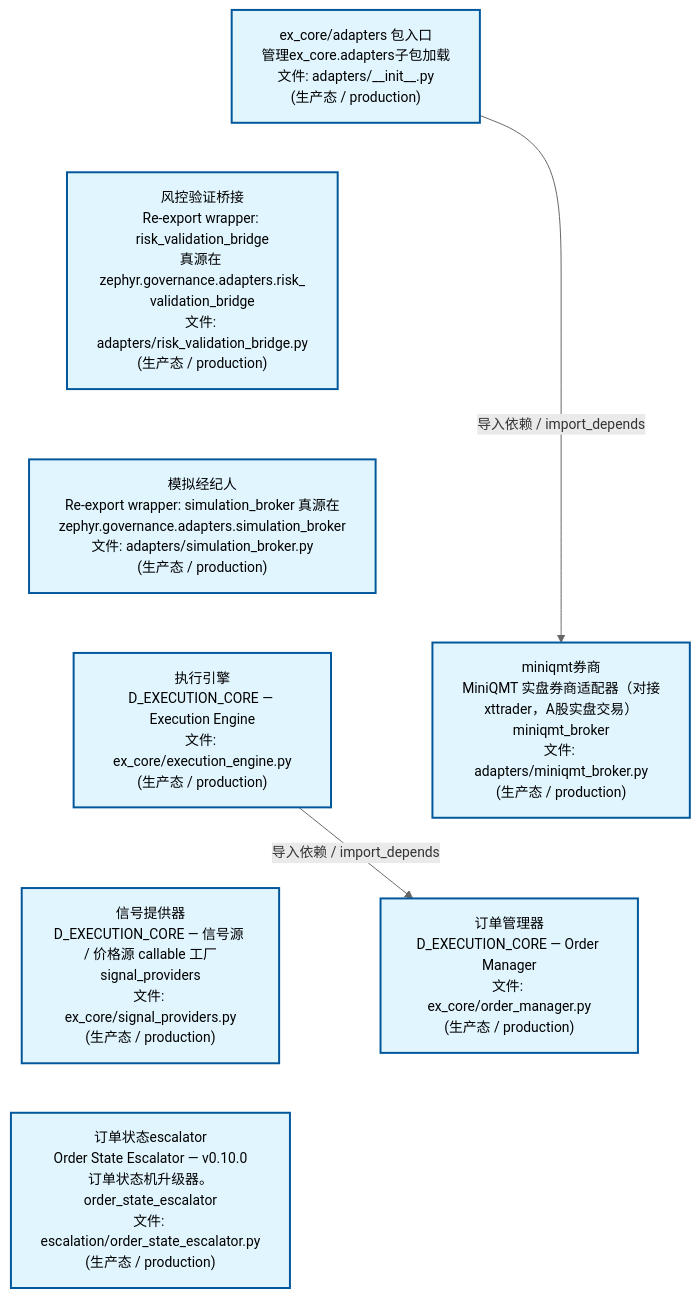
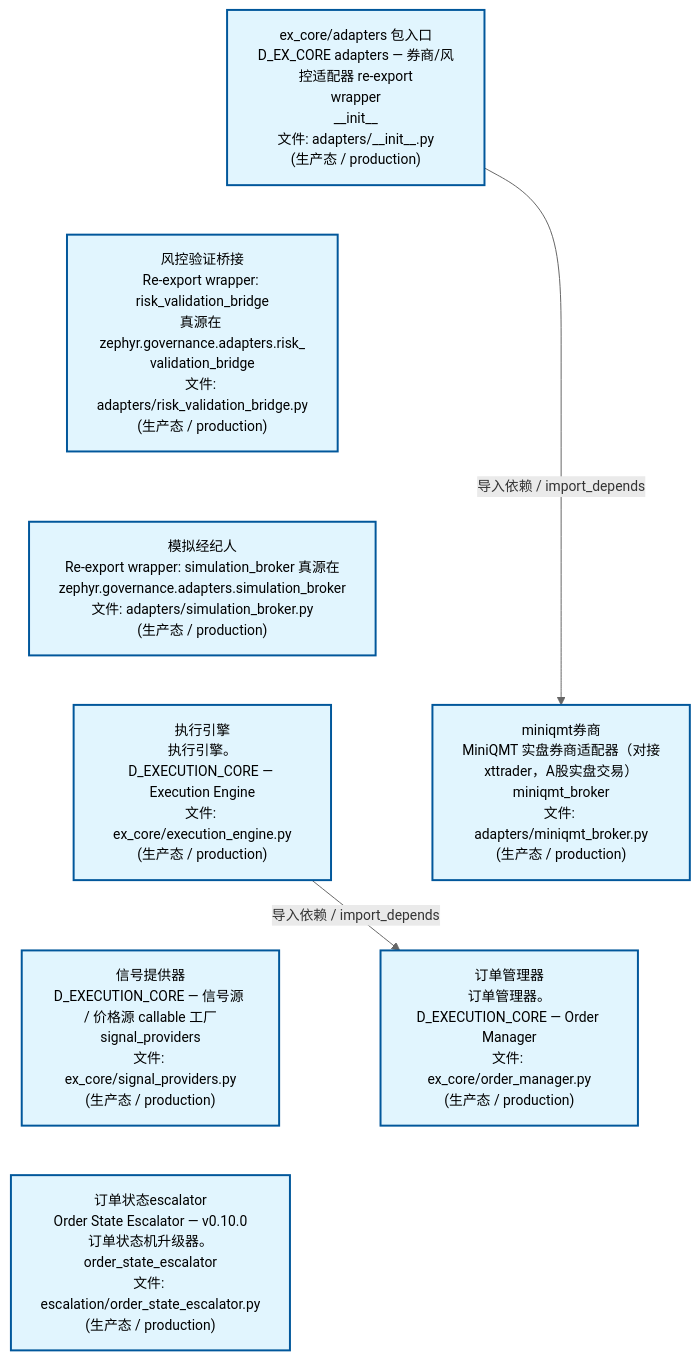
The second of 4 diagrams in docs/02_enterprise_architecture/02_domain_architecture_docs/44_d_ex_core.md (xuanFelixVan/ZephyrAlpha), drawn with Mermaid before and after one commit. The commit also changed other lines of this file and 56 other files, not shown here.

````diff
--- a/docs/02_enterprise_architecture/02_domain_architecture_docs/44_d_ex_core.md
+++ b/docs/02_enterprise_architecture/02_domain_architecture_docs/44_d_ex_core.md
@@ -169,25 +169,25 @@
 ```mermaid
 %%{init: {'theme': 'base', 'themeVariables': {'primaryColor': '#eaeaea', 'primaryTextColor': '#333333', 'primaryBorderColor': '#666666', 'lineColor': '#666666', 'secondaryColor': '#eaeaea', 'tertiaryColor': '#eaeaea', 'fontSize': '14px'}}}%%
 flowchart TD
-    src_zephyr_ex_core_adapters_init_py["ex_core/adapters 包入口<br/>管理ex_core.adapters子包加载<br/>文件: adapters/__init__.py<br/>(生产态 / production)"]
+    src_zephyr_ex_core_adapters_init_py["ex_core/adapters 包入口<br/>D_EX_CORE adapters — 券商/风控适配器 re-export<br/>wrapper<br/>__init__<br/>文件: adapters/__init__.py<br/>(生产态 / production)"]
     src_zephyr_ex_core_adapters_risk_validation_bridge_py["风控验证桥接<br/>Re-export wrapper: risk_validation_bridge<br/>真源在 zephyr.governance.adapters.risk_<br/>validation_bridge<br/>文件: adapters/risk_validation_bridge.py<br/>(生产态 / production)"]
     src_zephyr_ex_core_adapters_simulation_broker_py["模拟经纪人<br/>Re-export wrapper: simulation_broker 真源在<br/>zephyr.governance.adapters.simulation_broker<br/>文件: adapters/simulation_broker.py<br/>(生产态 / production)"]
-    src_zephyr_ex_core_execution_engine_py["执行引擎<br/>D_EXECUTION_CORE — Execution Engine<br/>文件: ex_core/execution_engine.py<br/>(生产态 / production)"]
+    src_zephyr_ex_core_execution_engine_py["执行引擎<br/>执行引擎。D_EXECUTION_CORE — Execution Engine<br/>文件: ex_core/execution_engine.py<br/>(生产态 / production)"]
     src_zephyr_ex_core_signal_providers_py["信号提供器<br/>D_EXECUTION_CORE — 信号源 / 价格源 callable 工厂<br/>signal_providers<br/>文件: ex_core/signal_providers.py<br/>(生产态 / production)"]
     src_zephyr_governance_escalation_order_state_escalator_py["订单状态escalator<br/>Order State Escalator — v0.10.0<br/>订单状态机升级器。<br/>order_state_escalator<br/>文件: escalation/order_state_escalator.py<br/>(生产态 / production)"]
     src_zephyr_ex_core_adapters_init_py ~~~ src_zephyr_ex_core_adapters_risk_validation_bridge_py
     src_zephyr_ex_core_adapters_risk_validation_bridge_py ~~~ src_zephyr_ex_core_adapters_simulation_broker_py
     src_zephyr_ex_core_adapters_simulation_broker_py ~~~ src_zephyr_ex_core_execution_engine_py
     src_zephyr_ex_core_execution_engine_py ~~~ src_zephyr_ex_core_signal_providers_py
     src_zephyr_ex_core_signal_providers_py ~~~ src_zephyr_governance_escalation_order_state_escalator_py
     src_zephyr_ex_core_adapters_miniqmt_broker_py["miniqmt券商<br/>MiniQMT 实盘券商适配器（对接<br/>xttrader，A股实盘交易）<br/>miniqmt_broker<br/>文件: adapters/miniqmt_broker.py<br/>(生产态 / production)"]
-    src_zephyr_ex_core_order_manager_py["订单管理器<br/>D_EXECUTION_CORE — Order Manager<br/>文件: ex_core/order_manager.py<br/>(生产态 / production)"]
+    src_zephyr_ex_core_order_manager_py["订单管理器<br/>订单管理器。D_EXECUTION_CORE — Order Manager<br/>文件: ex_core/order_manager.py<br/>(生产态 / production)"]
     src_zephyr_ex_core_adapters_miniqmt_broker_py ~~~ src_zephyr_ex_core_order_manager_py
     src_zephyr_ex_core_execution_engine_py -->|导入依赖 / import_depends| src_zephyr_ex_core_order_manager_py
     src_zephyr_ex_core_adapters_init_py -->|导入依赖 / import_depends| src_zephyr_ex_core_adapters_miniqmt_broker_py
     classDef production fill:#e1f5fe,stroke:#01579b,stroke-width:2px,color:#000
     classDef design fill:#fff3e0,stroke:#e65100,stroke-width:2px,color:#000,stroke-dasharray: 5 5
     classDef external_prod fill:#e8f4fd,stroke:#0277bd,stroke-width:1px,color:#000
     classDef external_design fill:#fff8e7,stroke:#ef6c00,stroke-width:1px,color:#000,stroke-dasharray: 5 5
     class src_zephyr_ex_core_adapters_init_py,src_zephyr_ex_core_adapters_miniqmt_broker_py,src_zephyr_ex_core_adapters_risk_validation_bridge_py,src_zephyr_ex_core_adapters_simulation_broker_py,src_zephyr_ex_core_execution_engine_py,src_zephyr_ex_core_order_manager_py,src_zephyr_ex_core_signal_providers_py,src_zephyr_governance_escalation_order_state_escalator_py production
 ```
````
